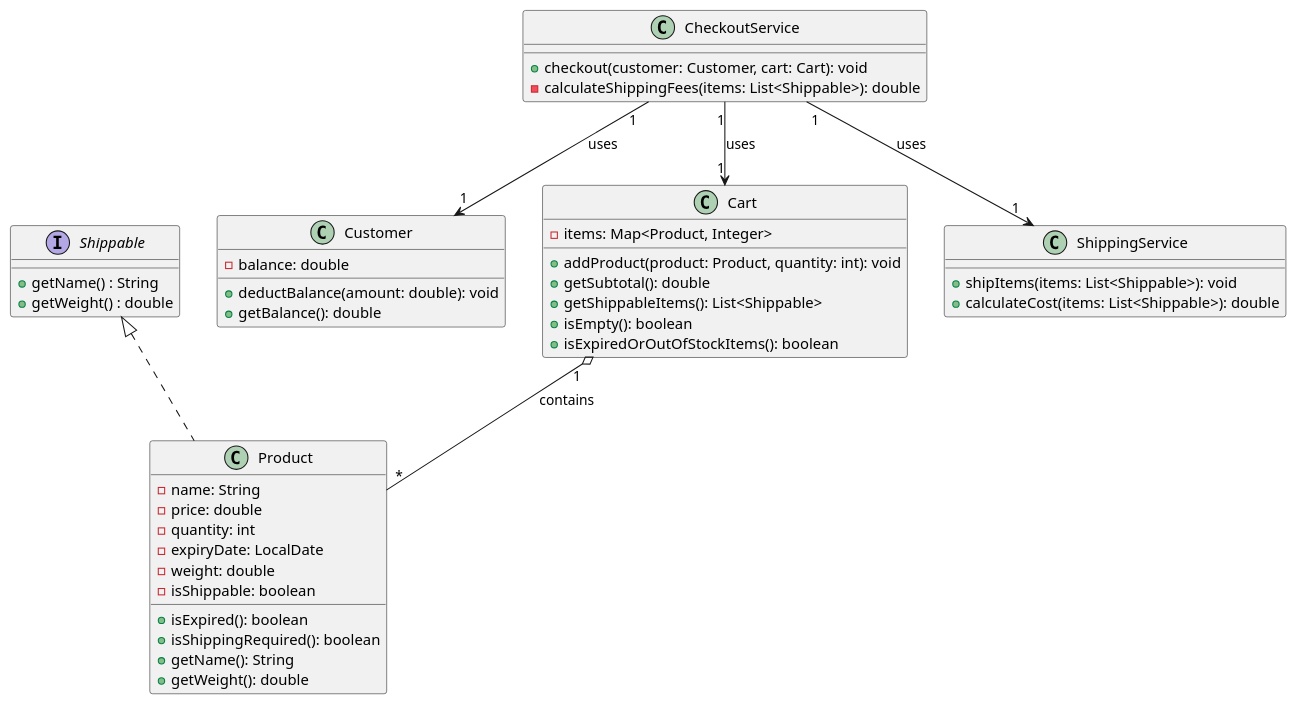
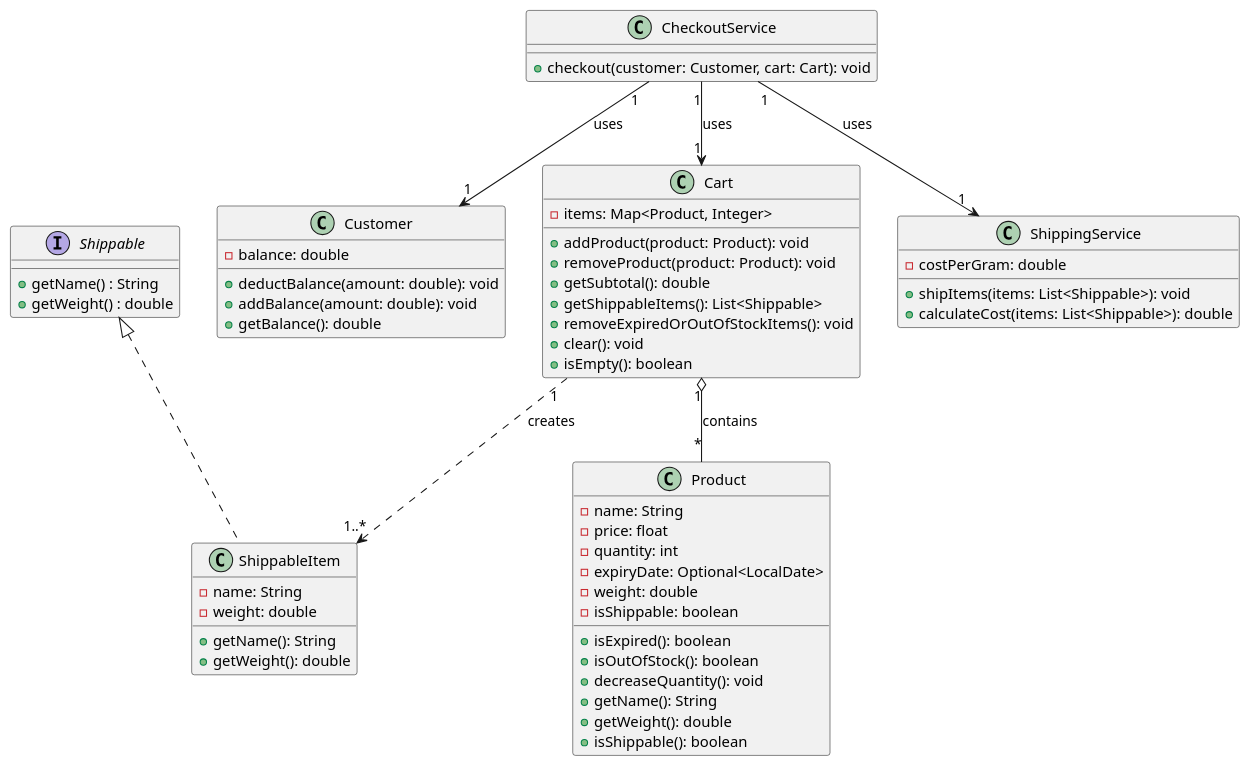
The diagram in Diagrams/class_diagram.puml (malak-elbanna/Fawry_Challenge), drawn with PlantUML before and after one commit. The commit also changed 1 other file, not shown here.

Commit message:
update class diagram

```diff
--- a/Diagrams/class_diagram.puml
+++ b/Diagrams/class_diagram.puml
@@ -1,53 +1,66 @@
 @startuml
 
 interface Shippable {
     +getName() : String
     +getWeight() : double
 }
 
 class Product {
     - name: String
-    - price: double
+    - price: float
     - quantity: int
-    - expiryDate: LocalDate
+    - expiryDate: Optional<LocalDate>
     - weight: double
     - isShippable: boolean
     + isExpired(): boolean
-    + isShippingRequired(): boolean
+    + isOutOfStock(): boolean
+    + decreaseQuantity(): void
+    + getName(): String
+    + getWeight(): double
+    + isShippable(): boolean
+}
+
+class ShippableItem {
+    - name: String
+    - weight: double
     + getName(): String
     + getWeight(): double
 }
 
-Product .up.|> Shippable
+ShippableItem .up.|> Shippable
 
 class Customer {
     - balance: double
     + deductBalance(amount: double): void
+    + addBalance(amount: double): void
     + getBalance(): double
 }
 
 class Cart {
     - items: Map<Product, Integer>
-    + addProduct(product: Product, quantity: int): void
+    + addProduct(product: Product): void
+    + removeProduct(product: Product): void
     + getSubtotal(): double
     + getShippableItems(): List<Shippable>
+    + removeExpiredOrOutOfStockItems(): void
+    + clear(): void
     + isEmpty(): boolean
-    + isExpiredOrOutOfStockItems(): boolean
 }
 
 class CheckoutService {
     + checkout(customer: Customer, cart: Cart): void
-    - calculateShippingFees(items: List<Shippable>): double
 }
 
 class ShippingService {
+    - costPerGram: double
     + shipItems(items: List<Shippable>): void
     + calculateCost(items: List<Shippable>): double
 }
 
 CheckoutService "1" --> "1" Customer : uses
 CheckoutService "1" --> "1" Cart : uses
 CheckoutService "1" --> "1" ShippingService : uses
 Cart "1" o-- "*" Product : contains
+Cart "1" ..> "1..*" ShippableItem : creates
 
 @enduml
```
